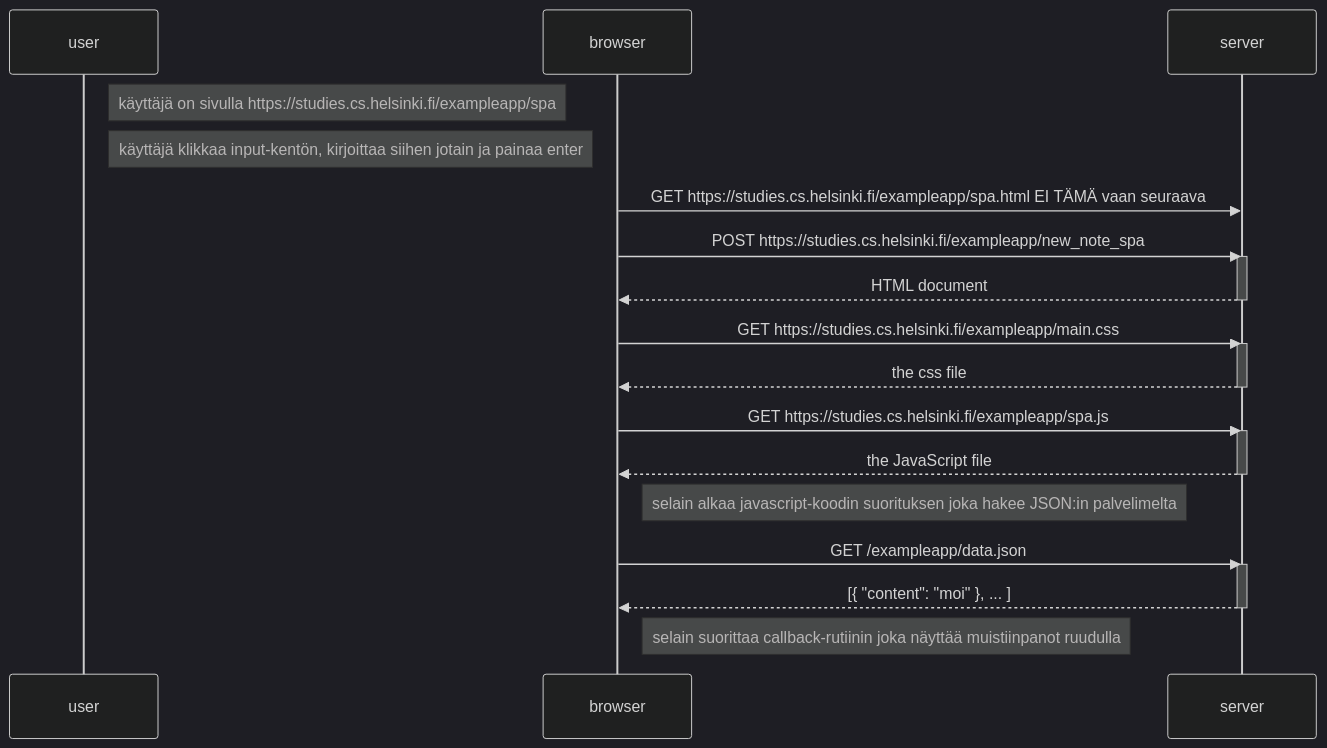
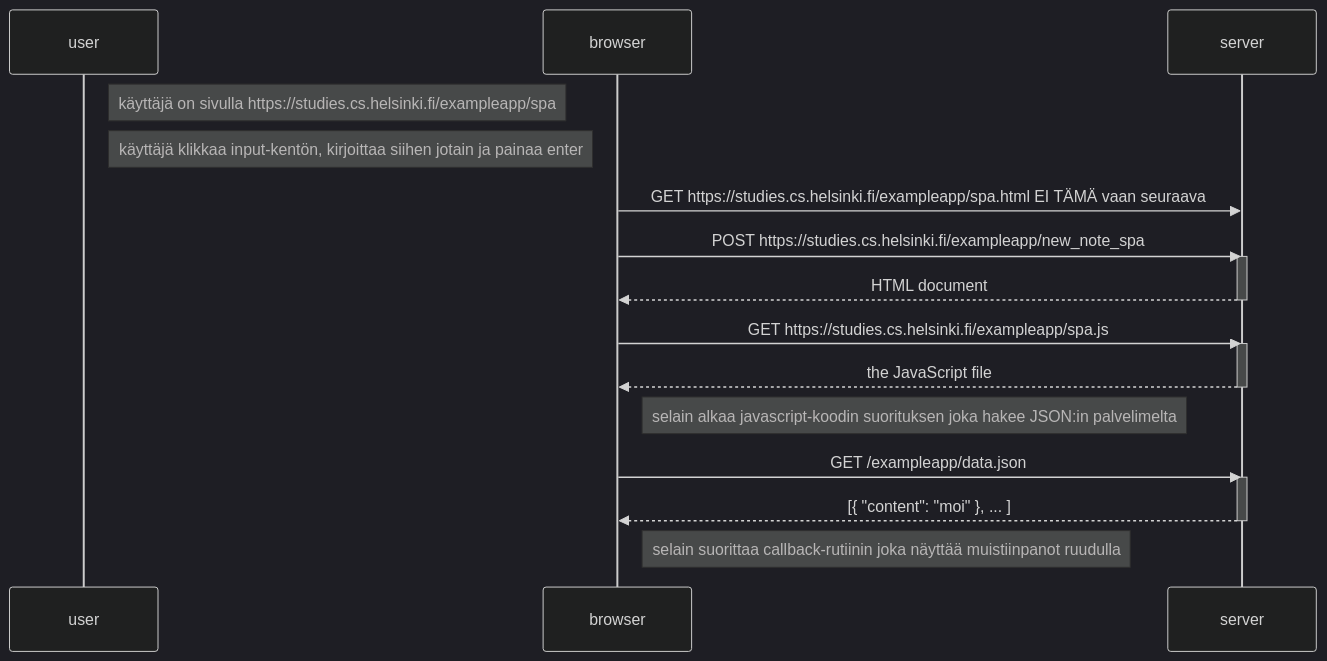
Before and after one commit to moocjsi/mooc-harj03: the diagram in mermaid-test9.md, drawn with Mermaid (dark theme).

````diff
--- a/mermaid-test9.md
+++ b/mermaid-test9.md
@@ -2,36 +2,31 @@
 ```mermaid
 sequenceDiagram
     participant user
     participant browser
     participant server
 
     Note right of user: käyttäjä on sivulla https://studies.cs.helsinki.fi/exampleapp/spa
     Note right of user: käyttäjä klikkaa input-kentön, kirjoittaa siihen jotain ja painaa enter
     
     browser->>server: GET  https://studies.cs.helsinki.fi/exampleapp/spa.html  EI TÄMÄ vaan seuraava
     browser->>server: POST https://studies.cs.helsinki.fi/exampleapp/new_note_spa
     activate server
     server-->>browser: HTML document
-    deactivate server
-
-    browser->>server: GET https://studies.cs.helsinki.fi/exampleapp/main.css
-    activate server
-    server-->>browser: the css file
     deactivate server
 
     browser->>server: GET https://studies.cs.helsinki.fi/exampleapp/spa.js
     activate server
     server-->>browser: the JavaScript file
     deactivate server
 
     Note right of browser: selain alkaa  javascript-koodin suorituksen joka hakee JSON:in palvelimelta
     browser->>server: GET /exampleapp/data.json
 
     activate server
     server-->>browser: [{ "content": "moi" }, ... ]
     deactivate server
 
     Note right of browser: selain suorittaa callback-rutiinin joka näyttää muistiinpanot ruudulla
 
 
 ```
````
